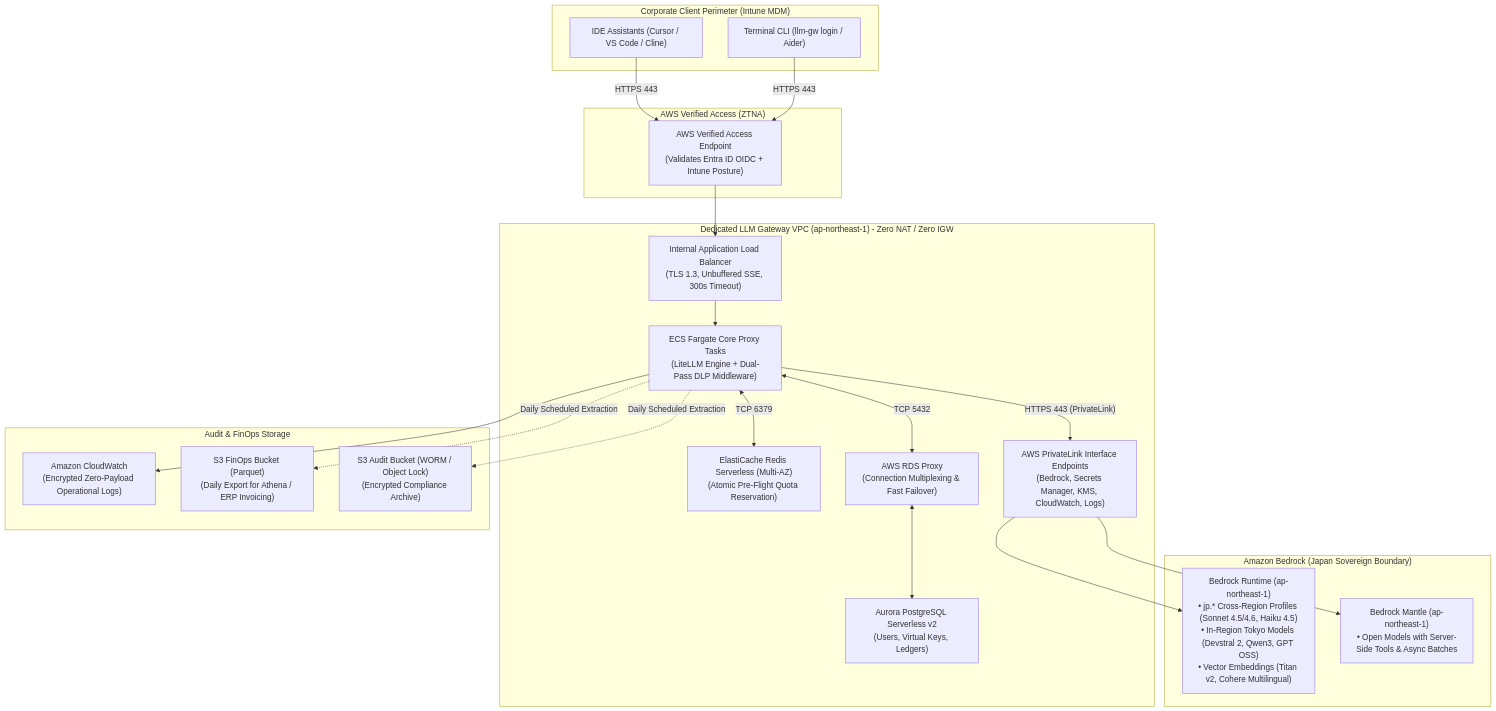
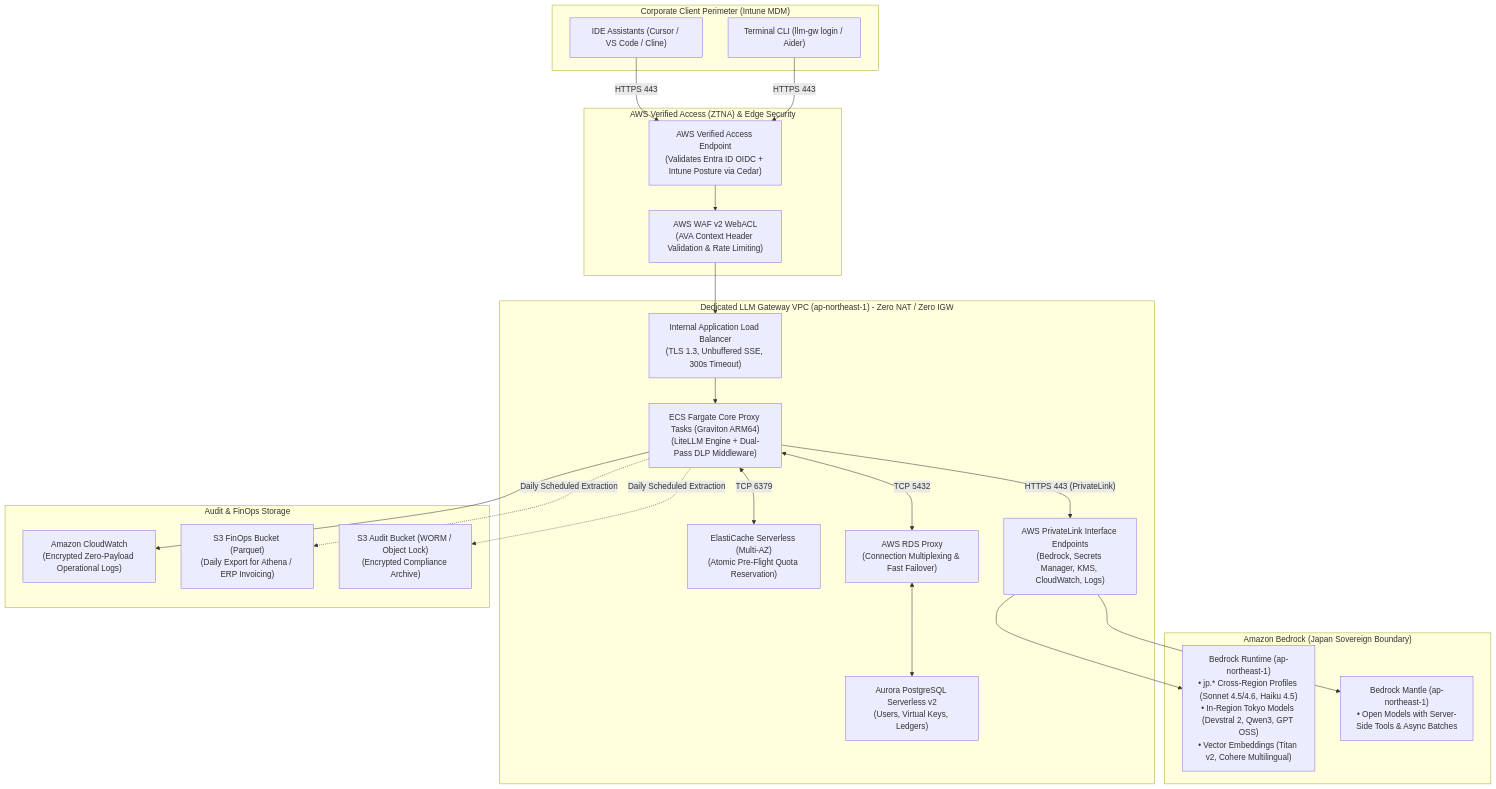
One commit to minddrop/llm-gateway changed the diagram in README.md. Above: the diagram before and after it, drawn with Mermaid. The commit also changed other lines of this file, not shown here.

Commit message:
docs: update system overview and document map for Well-Architected and SRS standards

````diff
--- a/README.md
+++ b/README.md
@@ -47,39 +47,40 @@
 ```mermaid
 flowchart TD
     subgraph CorporateClient["Corporate Client Perimeter (Intune MDM)"]
         IDE["IDE Assistants (Cursor / VS Code / Cline)"]
         CLI["Terminal CLI (llm-gw login / Aider)"]
     end
 
-    subgraph AWS_Ingress["AWS Verified Access (ZTNA)"]
-        AVA["AWS Verified Access Endpoint<br/>(Validates Entra ID OIDC + Intune Posture)"]
+    subgraph AWS_Ingress["AWS Verified Access (ZTNA) & Edge Security"]
+        AVA["AWS Verified Access Endpoint<br/>(Validates Entra ID OIDC + Intune Posture via Cedar)"]
+        WAF["AWS WAF v2 WebACL<br/>(AVA Context Header Validation & Rate Limiting)"]
     end
 
     subgraph AWS_VPC["Dedicated LLM Gateway VPC (ap-northeast-1) - Zero NAT / Zero IGW"]
         ALB["Internal Application Load Balancer<br/>(TLS 1.3, Unbuffered SSE, 300s Timeout)"]
-        Proxy["ECS Fargate Core Proxy Tasks<br/>(LiteLLM Engine + Dual-Pass DLP Middleware)"]
-        Redis["ElastiCache Redis Serverless (Multi-AZ)<br/>(Atomic Pre-Flight Quota Reservation)"]
+        Proxy["ECS Fargate Core Proxy Tasks (Graviton ARM64)<br/>(LiteLLM Engine + Dual-Pass DLP Middleware)"]
+        Redis["ElastiCache Serverless (Multi-AZ)<br/>(Atomic Pre-Flight Quota Reservation)"]
         RDS_Proxy["AWS RDS Proxy<br/>(Connection Multiplexing & Fast Failover)"]
         Aurora["Aurora PostgreSQL Serverless v2<br/>(Users, Virtual Keys, Ledgers)"]
         VPCE["AWS PrivateLink Interface Endpoints<br/>(Bedrock, Secrets Manager, KMS, CloudWatch, Logs)"]
     end
 
     subgraph Upstream_Bedrock["Amazon Bedrock (Japan Sovereign Boundary)"]
         Runtime["Bedrock Runtime (ap-northeast-1)<br/>• jp.* Cross-Region Profiles (Sonnet 4.5/4.6, Haiku 4.5)<br/>• In-Region Tokyo Models (Devstral 2, Qwen3, GPT OSS)<br/>• Vector Embeddings (Titan v2, Cohere Multilingual)"]
         Mantle["Bedrock Mantle (ap-northeast-1)<br/>• Open Models with Server-Side Tools & Async Batches"]
     end
 
     subgraph Storage_Telemetry["Audit & FinOps Storage"]
         CW["Amazon CloudWatch<br/>(Encrypted Zero-Payload Operational Logs)"]
         S3_FinOps["S3 FinOps Bucket (Parquet)<br/>(Daily Export for Athena / ERP Invoicing)"]
         S3_Audit["S3 Audit Bucket (WORM / Object Lock)<br/>(Encrypted Compliance Archive)"]
     end
 
-    IDE & CLI -->|"HTTPS 443"| AVA --> ALB --> Proxy
+    IDE & CLI -->|"HTTPS 443"| AVA --> WAF --> ALB --> Proxy
     Proxy <-->|"TCP 6379"| Redis
     Proxy <-->|"TCP 5432"| RDS_Proxy <--> Aurora
     Proxy -->|"HTTPS 443 (PrivateLink)"| VPCE
     VPCE --> Runtime & Mantle
     Proxy --> CW
     Proxy -.->|"Daily Scheduled Extraction"| S3_FinOps & S3_Audit
 ```
````
